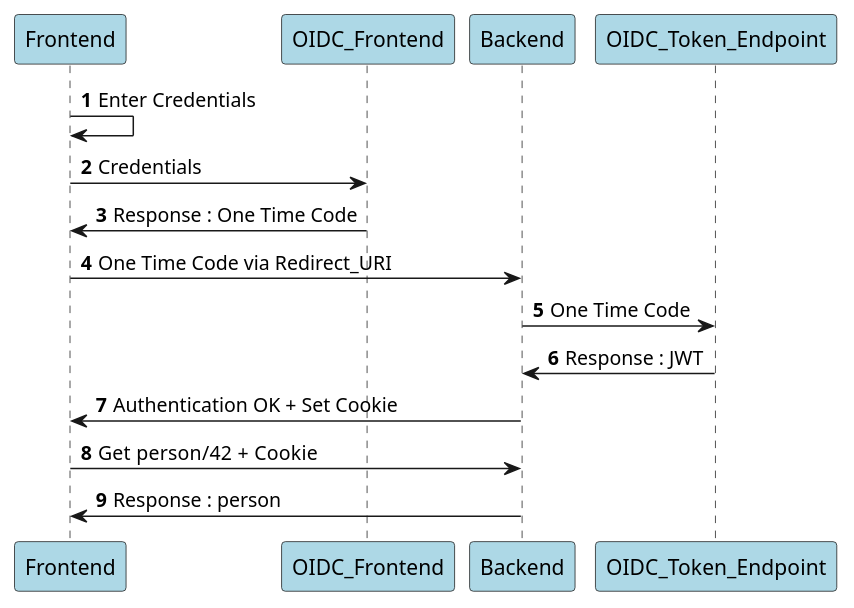
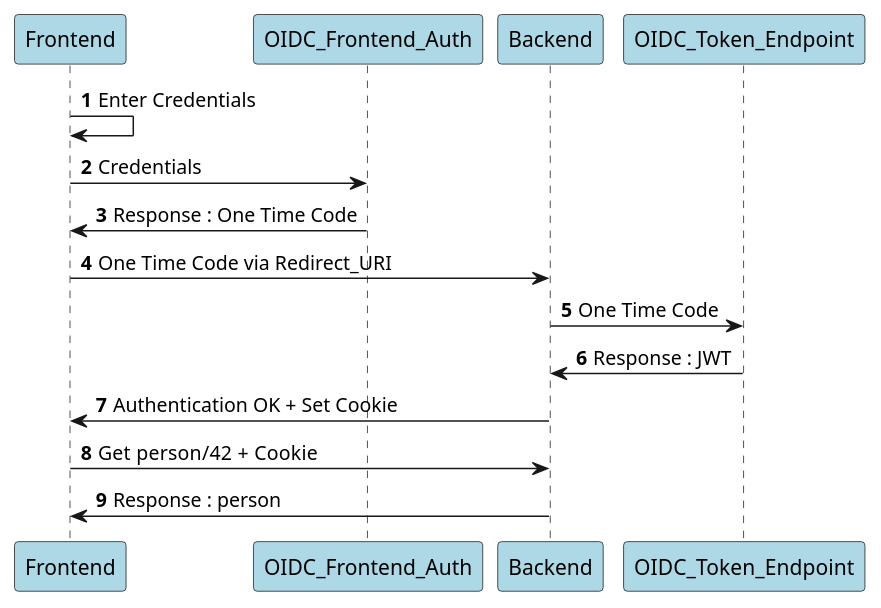
Before and after one commit to goafabric/spring-authorization-server: the diagram in doc/security/oidc_frontend_flow.puml, drawn with PlantUML.

```diff
--- a/doc/security/oidc_frontend_flow.puml
+++ b/doc/security/oidc_frontend_flow.puml
@@ -1,21 +1,21 @@
 @startuml
 'https://plantuml.com/sequence-diagram
 
 autonumber
 
 participant Frontend #lightblue
-participant OIDC_Frontend #lightblue
+participant OIDC_Frontend_Auth #lightblue
 participant Backend #lightblue
 participant OIDC_Token_Endpoint #lightblue
 
 Frontend -> Frontend : Enter Credentials
-Frontend -> OIDC_Frontend : Credentials
-OIDC_Frontend -> Frontend : Response : One Time Code
+Frontend -> OIDC_Frontend_Auth : Credentials
+OIDC_Frontend_Auth -> Frontend : Response : One Time Code
 Frontend -> Backend  : One Time Code via Redirect_URI
 Backend ->  OIDC_Token_Endpoint : One Time Code
 OIDC_Token_Endpoint -> Backend : Response : JWT
 Backend -> Frontend : Authentication OK + Set Cookie
 Frontend -> Backend : Get person/42  + Cookie
 Backend ->  Frontend : Response : person
 
 @enduml
```
